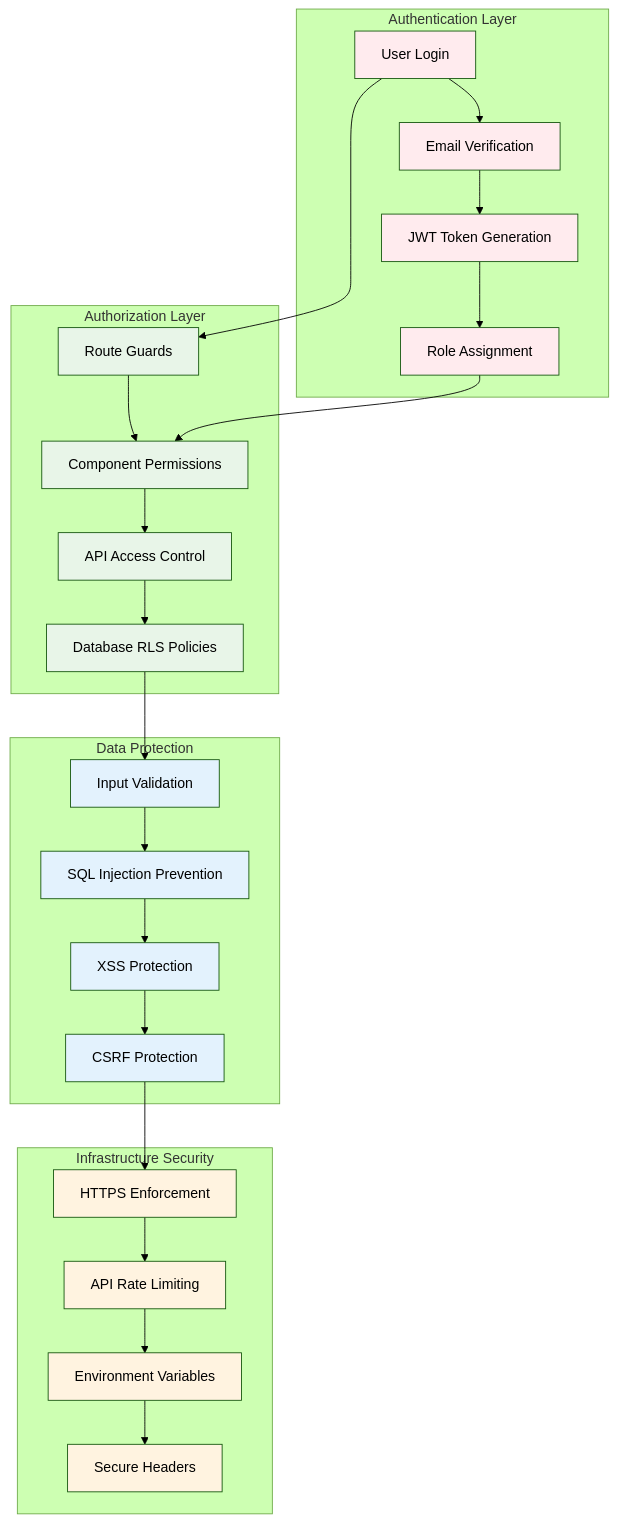
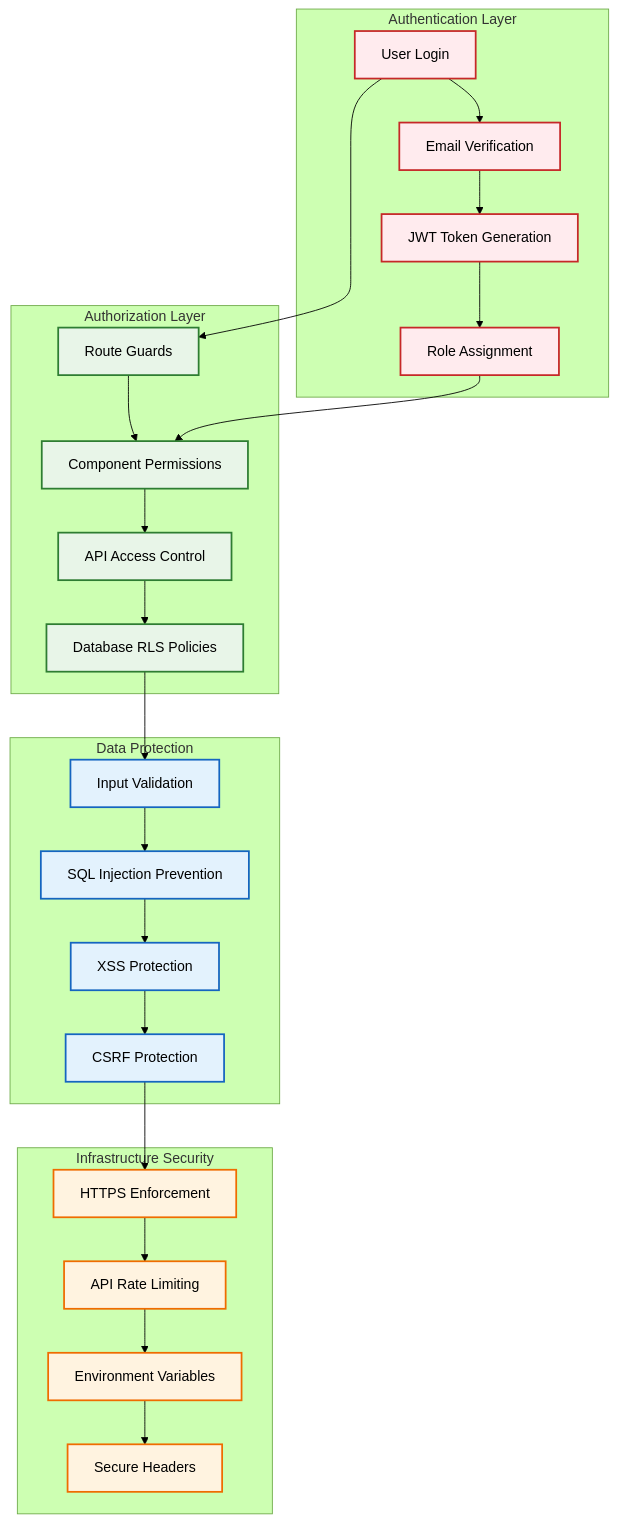
Before and after one commit to Timiolowo/Tisham: the fourth of 5 diagrams in README.md, drawn with Mermaid (forest theme). The commit also changed other lines of this file, not shown here.

````diff
--- a/README.md
+++ b/README.md
@@ -407,49 +407,49 @@
 ```mermaid
 graph TB
     subgraph Auth["Authentication Layer"]
         A[User Login] --> B[Email Verification]
         B --> C[JWT Token Generation]
         C --> D[Role Assignment]
     end
     
     subgraph Authz["Authorization Layer"]
         E[Route Guards] --> F[Component Permissions]
         F --> G[API Access Control]
         G --> H[Database RLS Policies]
     end
     
     subgraph Data["Data Protection"]
         I[Input Validation]
         J[SQL Injection Prevention]
         K[XSS Protection]
         L[CSRF Protection]
     end
     
     subgraph Infra["Infrastructure Security"]
         M[HTTPS Enforcement]
         N[API Rate Limiting]
         O[Environment Variables]
         P[Secure Headers]
     end
     
     A --> E
     D --> F
     H --> I
     I --> J
     J --> K
     K --> L
     L --> M
     M --> N
     N --> O
     O --> P
     
-    classDef auth fill:#ffebee
-    classDef authz fill:#e8f5e8
-    classDef data fill:#e3f2fd
-    classDef infra fill:#fff3e0
+    classDef auth fill:#ffebee,stroke:#c62828,stroke-width:2px,color:#000
+    classDef authz fill:#e8f5e8,stroke:#2e7d32,stroke-width:2px,color:#000
+    classDef data fill:#e3f2fd,stroke:#1565c0,stroke-width:2px,color:#000
+    classDef infra fill:#fff3e0,stroke:#ef6c00,stroke-width:2px,color:#000
     
     class A,B,C,D auth
     class E,F,G,H authz
     class I,J,K,L data
     class M,N,O,P infra
 ```
````
